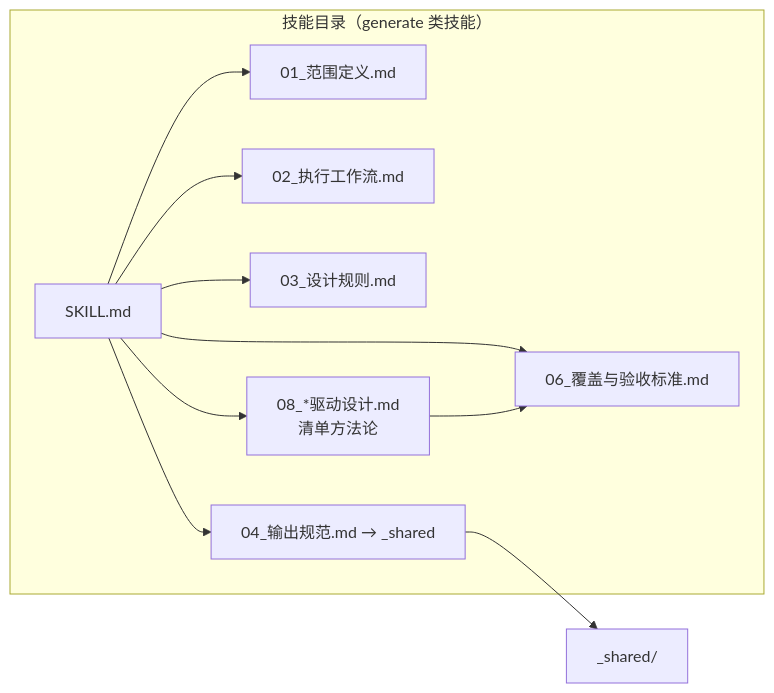
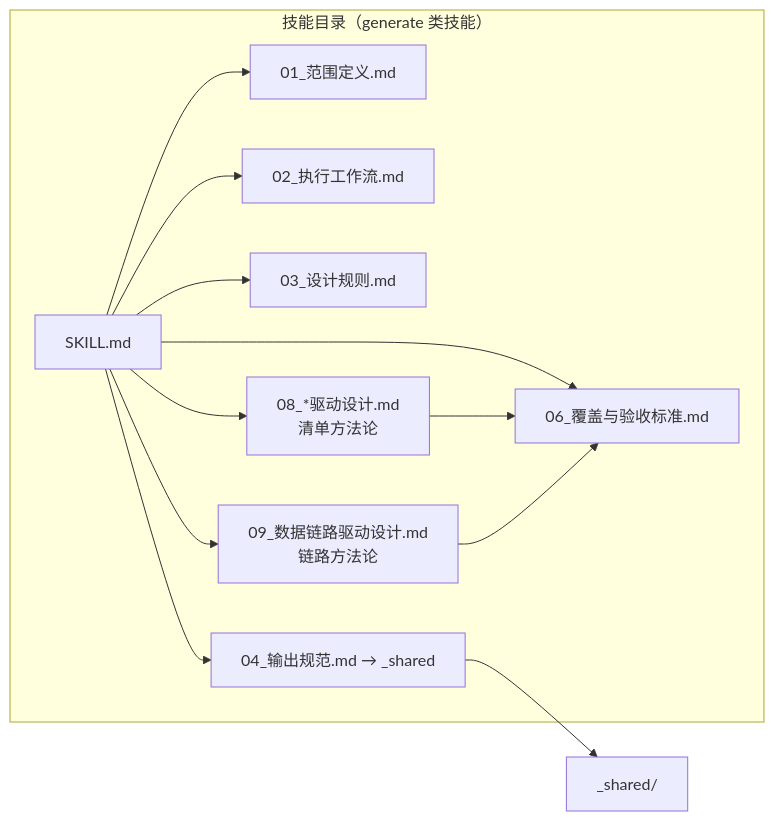
The fourth of 6 diagrams in 架构与流程.md (MakaCove/ai-test-pipeline), drawn with Mermaid before and after one commit. The commit also changed other lines of this file and 42 other files, not shown here.

````diff
--- a/架构与流程.md
+++ b/架构与流程.md
@@ -156,16 +157,18 @@
 ```mermaid
 flowchart LR
     subgraph skill["技能目录（generate 类技能）"]
         S["SKILL.md"]
         S01["01_范围定义.md"]
         S02["02_执行工作流.md"]
         S03["03_设计规则.md"]
         S06["06_覆盖与验收标准.md"]
         S08["08_*驱动设计.md<br/>清单方法论"]
+        S09["09_数据链路驱动设计.md<br/>链路方法论"]
         S04["04_输出规范.md → _shared"]
     end
 
-    S --> S01 & S02 & S03 & S06 & S08 & S04
+    S --> S01 & S02 & S03 & S06 & S08 & S09 & S04
     S08 --> S06
+    S09 --> S06
     S04 --> 共享["_shared/"]
 ```
````
